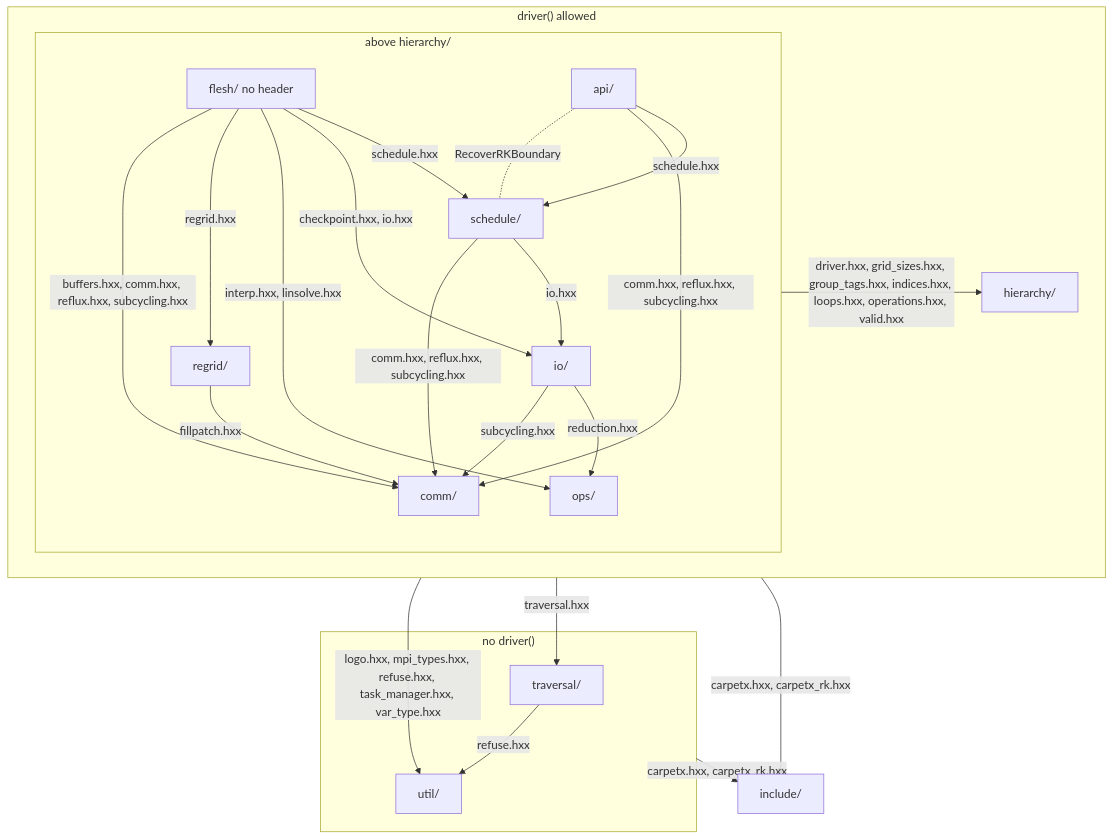
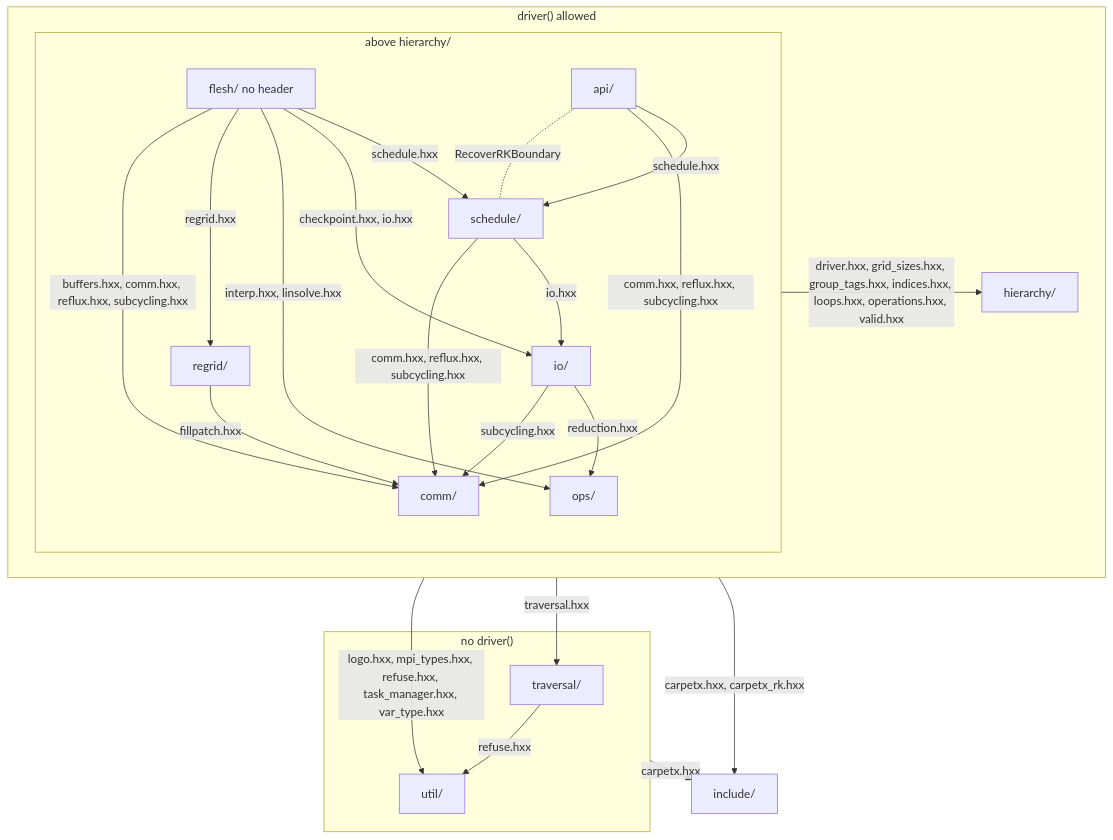
The first of 3 diagrams in agent_docs/carpetx-internals.md (lwJi/CarpetX), drawn with Mermaid before and after one commit. The commit also changed 16 other files, not shown here.

````diff
--- a/agent_docs/carpetx-internals.md
+++ b/agent_docs/carpetx-internals.md
@@ -7,39 +7,39 @@
 ```mermaid
 flowchart TB
   subgraph door["driver() allowed"]
     subgraph above["above hierarchy/"]
       flesh["flesh/ no header"]
       api["api/"]
       schedule["schedule/"]
       io["io/"]
       ops["ops/"]
       regrid["regrid/"]
       comm["comm/"]
     end
     hierarchy["hierarchy/"]
   end
   subgraph nodoor["no driver()"]
     traversal["traversal/"]
     util["util/"]
   end
   include["include/"]
   flesh -- "schedule.hxx" --> schedule
   flesh -- "checkpoint.hxx, io.hxx" --> io
   flesh -- "interp.hxx, linsolve.hxx" --> ops
   flesh -- "regrid.hxx" --> regrid
   flesh -- "buffers.hxx, comm.hxx, reflux.hxx, subcycling.hxx" --> comm
   api -- "schedule.hxx" --> schedule
   api -- "comm.hxx, reflux.hxx, subcycling.hxx" --> comm
   schedule -- "io.hxx" --> io
   schedule -- "comm.hxx, reflux.hxx, subcycling.hxx" --> comm
   io -- "reduction.hxx" --> ops
   io -- "subcycling.hxx" --> comm
   regrid -- "fillpatch.hxx" --> comm
   traversal -- "refuse.hxx" --> util
   above -- "driver.hxx, grid_sizes.hxx, group_tags.hxx, indices.hxx, loops.hxx, operations.hxx, valid.hxx" --> hierarchy
   door -- "traversal.hxx" --> traversal
   door -- "logo.hxx, mpi_types.hxx, refuse.hxx, task_manager.hxx, var_type.hxx" --> util
   door -- "carpetx.hxx, carpetx_rk.hxx" --> include
-  nodoor -- "carpetx.hxx, carpetx_rk.hxx" --> include
+  nodoor -- "carpetx.hxx" --> include
   api -. "RecoverRKBoundary" .- schedule
 ```
````
